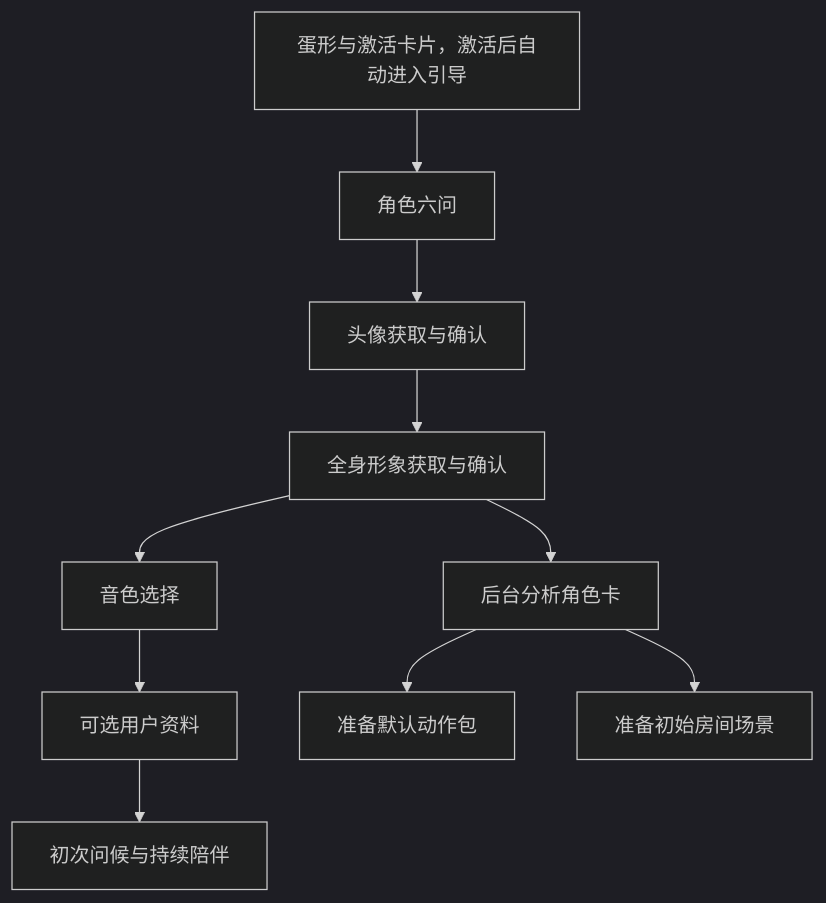
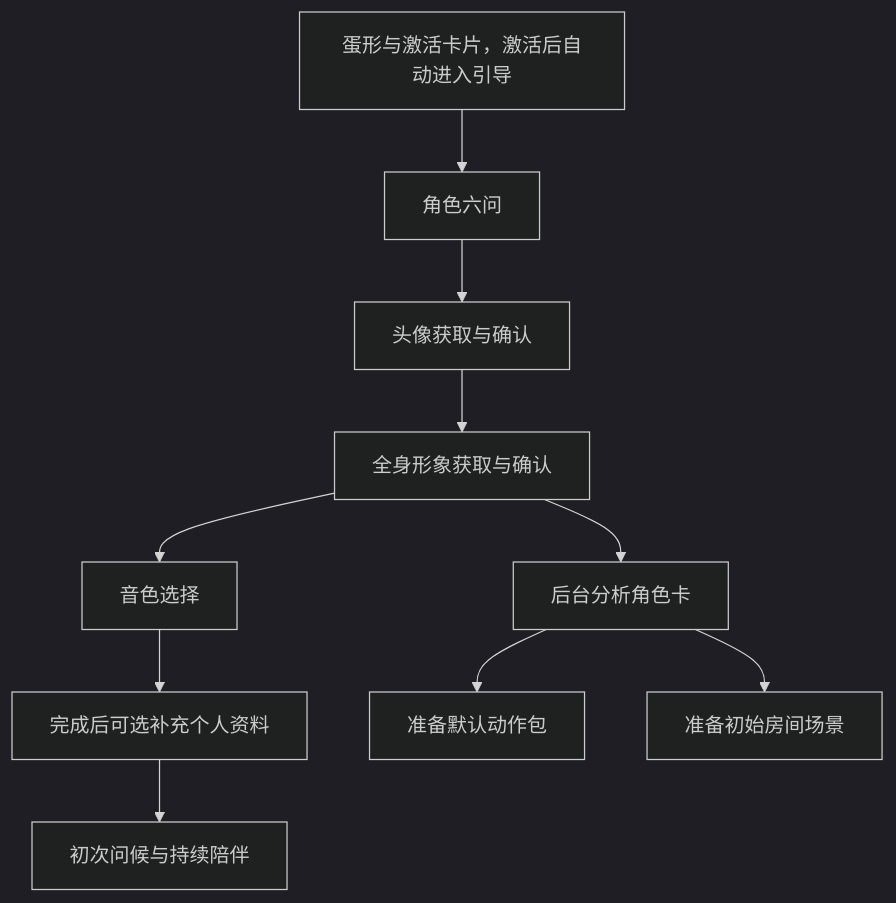
Before and after one commit to yangjinming1062/SpiritAgent: the diagram in docs/DESIGN.md, drawn with Mermaid (dark theme). The commit also changed other lines of this file and 101 other files, not shown here.

````diff
--- a/docs/DESIGN.md
+++ b/docs/DESIGN.md
@@ -15,12 +15,12 @@
 ```mermaid
 flowchart TD
     Egg[蛋形与激活卡片，激活后自动进入引导] --> Role[角色六问]
     Role --> Avatar[头像获取与确认]
     Avatar --> Full[全身形象获取与确认]
     Full --> Voice[音色选择]
-    Voice --> User[可选用户资料]
+    Voice --> User[完成后可选补充个人资料]
     User --> Greeting[初次问候与持续陪伴]
     Full --> Card[后台分析角色卡]
     Card --> Video[准备默认动作包]
     Card --> Scene[准备初始房间场景]
 ```
````
